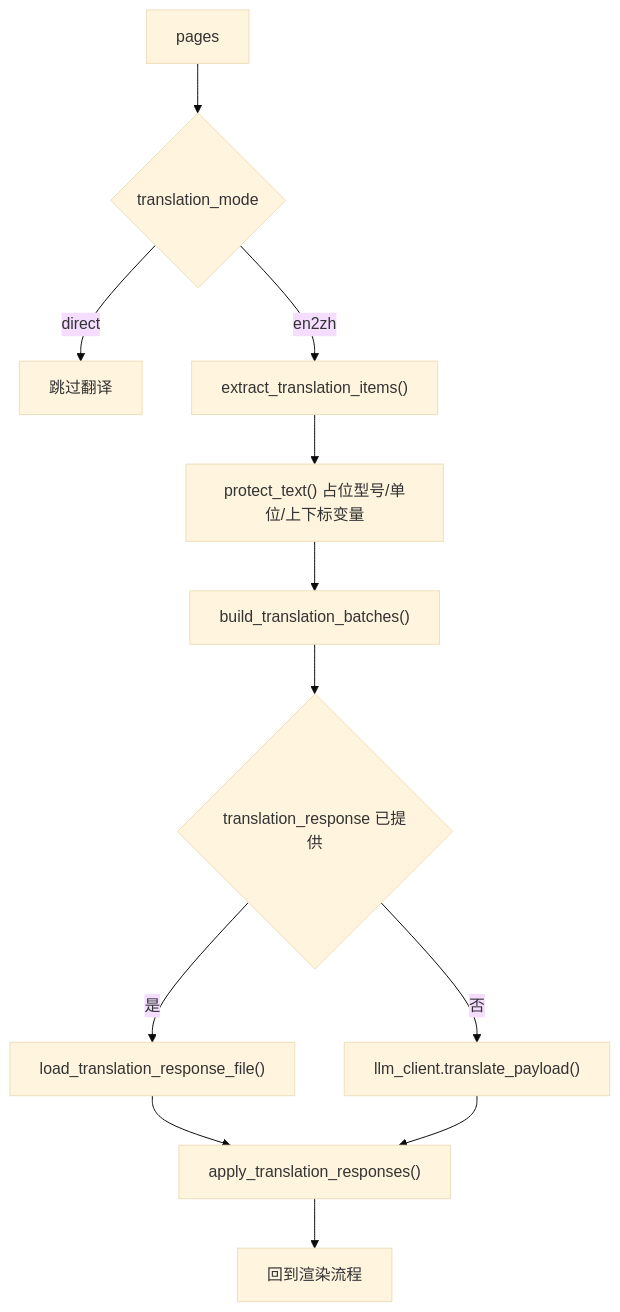
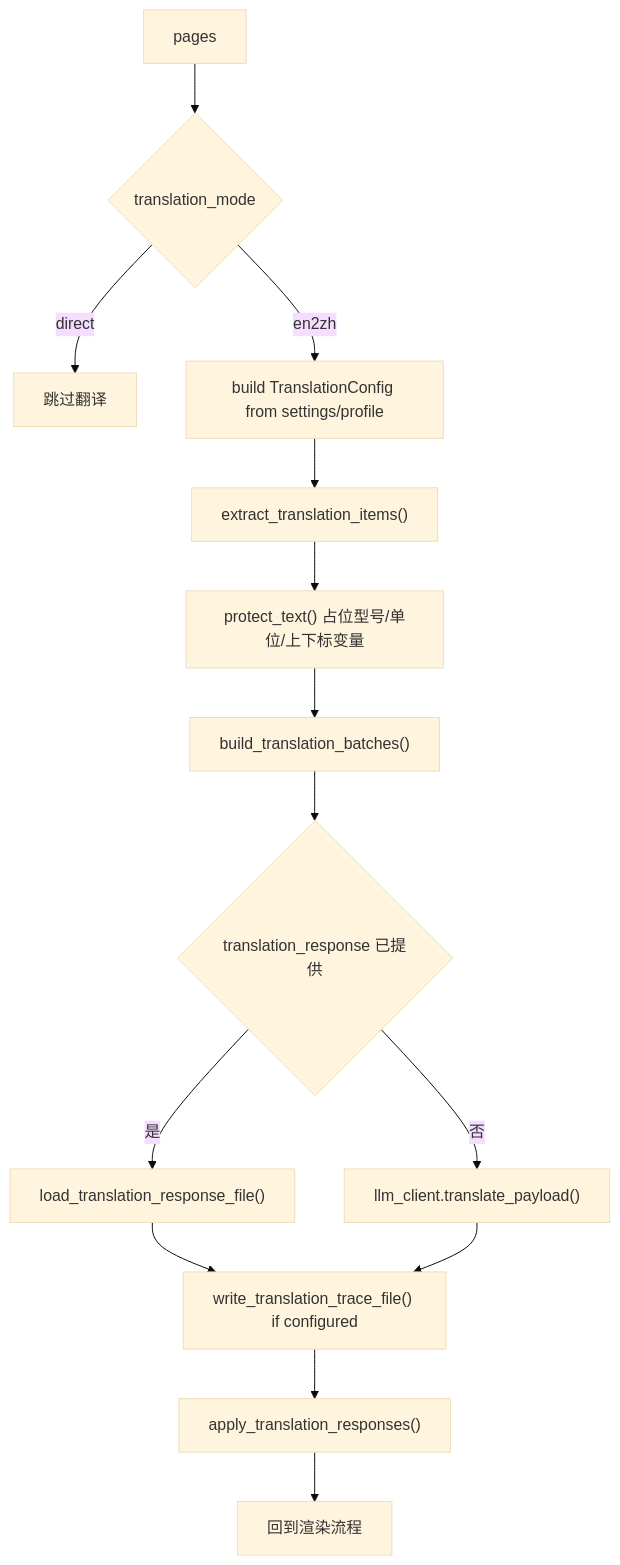
Before and after one commit to ccisnoxx/md2word: the fourth of 7 diagrams in .codestable/architecture/conversion-flow.md, drawn with Mermaid (base theme). The commit also changed other lines of this file and 176 other files, not shown here.

````diff
--- a/.codestable/architecture/conversion-flow.md
+++ b/.codestable/architecture/conversion-flow.md
@@ -72,14 +70,16 @@
 ```mermaid
 flowchart TD
     A["pages"] --> B{"translation_mode"}
     B -->|direct| C["跳过翻译"]
-    B -->|en2zh| D["extract_translation_items()"]
-    D --> E["protect_text() 占位型号/单位/上下标变量"]
-    E --> F["build_translation_batches()"]
-    F --> G{"translation_response 已提供"}
-    G -->|是| H["load_translation_response_file()"]
-    G -->|否| I["llm_client.translate_payload()"]
-    H --> J["apply_translation_responses()"]
-    I --> J
-    J --> K["回到渲染流程"]
+    B -->|en2zh| D["build TranslationConfig from settings/profile"]
+    D --> E["extract_translation_items()"]
+    E --> F["protect_text() 占位型号/单位/上下标变量"]
+    F --> G["build_translation_batches()"]
+    G --> H{"translation_response 已提供"}
+    H -->|是| I["load_translation_response_file()"]
+    H -->|否| J["llm_client.translate_payload()"]
+    I --> K["write_translation_trace_file() if configured"]
+    J --> K
+    K --> L["apply_translation_responses()"]
+    L --> M["回到渲染流程"]
 ```
````
